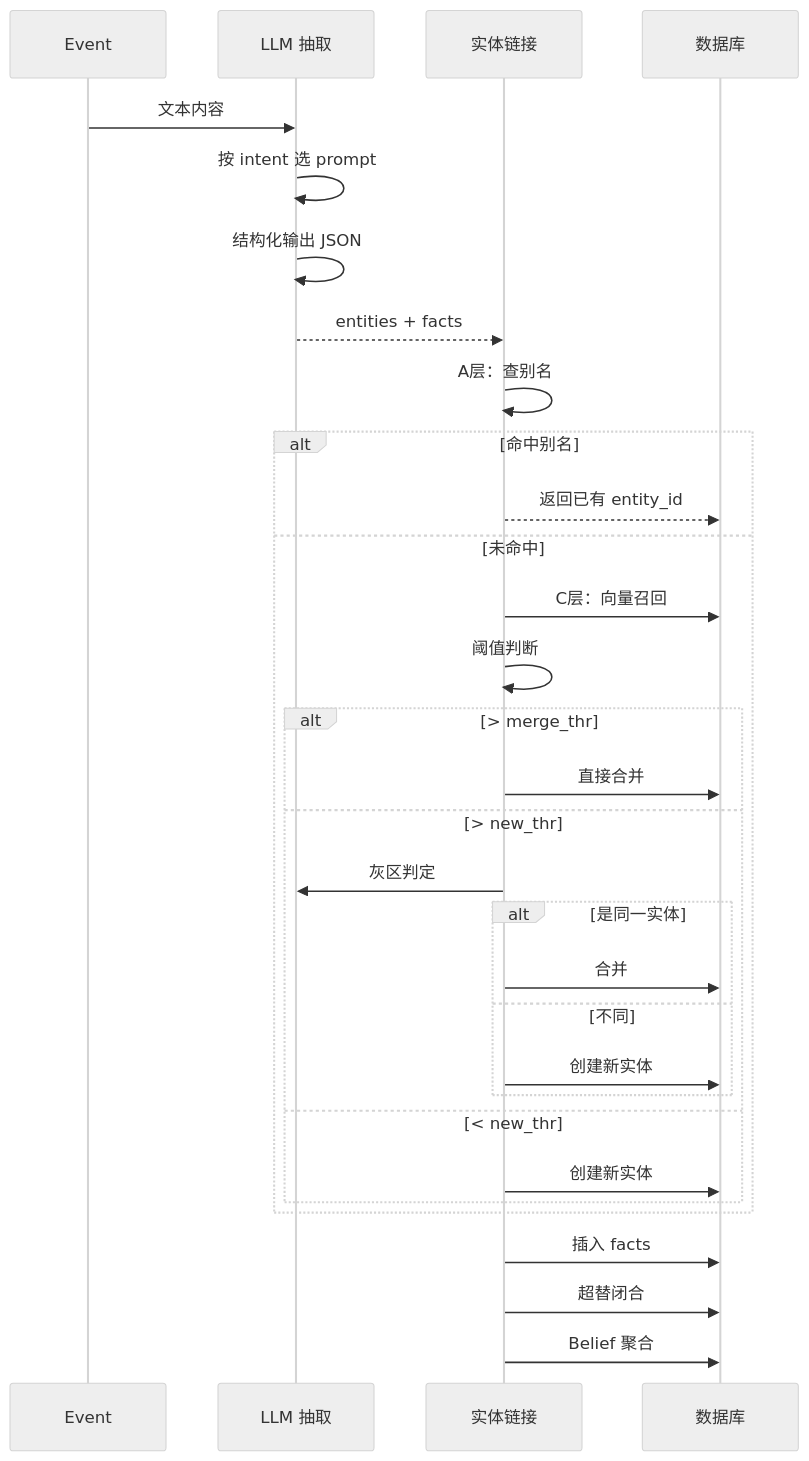
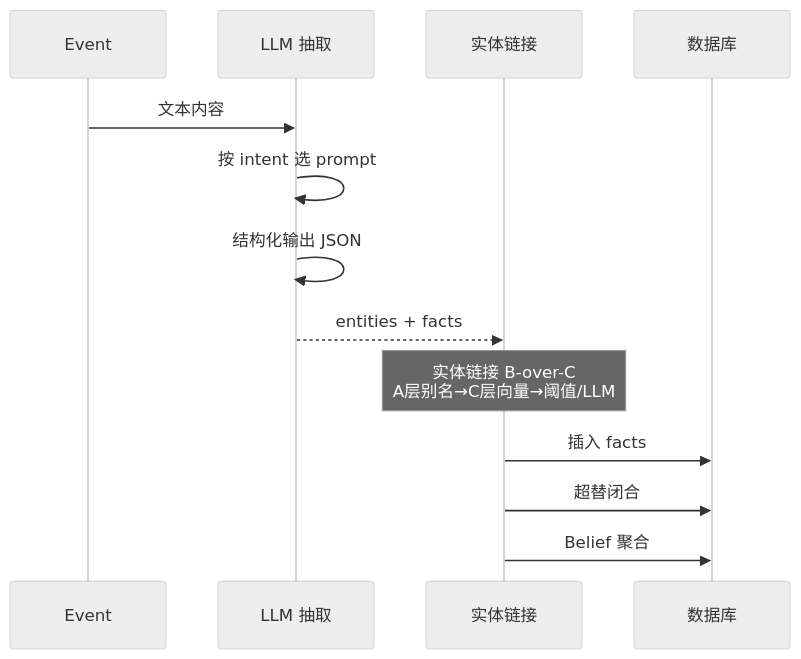
Before and after one commit to pty819/cortex-py-book: the second of 4 diagrams in source/chapters/04-extraction-pipeline.md, drawn with Mermaid (neutral theme). The commit also changed 1 other file, not shown here.

Commit message:
fix: remove nested alt blocks in extraction sequence diagram

````diff
--- a/source/chapters/04-extraction-pipeline.md
+++ b/source/chapters/04-extraction-pipeline.md
@@ -363,36 +363,18 @@
 ```{mermaid}
 sequenceDiagram
     participant E as Event
     participant LLM as LLM 抽取
     participant L as 实体链接
     participant DB as 数据库
     
     E->>LLM: 文本内容
     LLM->>LLM: 按 intent 选 prompt
     LLM->>LLM: 结构化输出 JSON
     LLM-->>L: entities + facts
     
-    L->>L: A层：查别名
-    alt 命中别名
-        L-->>DB: 返回已有 entity_id
-    else 未命中
-        L->>DB: C层：向量召回
-        L->>L: 阈值判断
-        alt > merge_thr
-            L->>DB: 直接合并
-        else > new_thr
-            L->>LLM: 灰区判定
-            alt 是同一实体
-                L->>DB: 合并
-            else 不同
-                L->>DB: 创建新实体
-            end
-        else < new_thr
-            L->>DB: 创建新实体
-        end
-    end
+    Note over L: 实体链接 B-over-C<br/>A层别名→C层向量→阈值/LLM
     
     L->>DB: 插入 facts
     L->>DB: 超替闭合
     L->>DB: Belief 聚合
 ```
````
